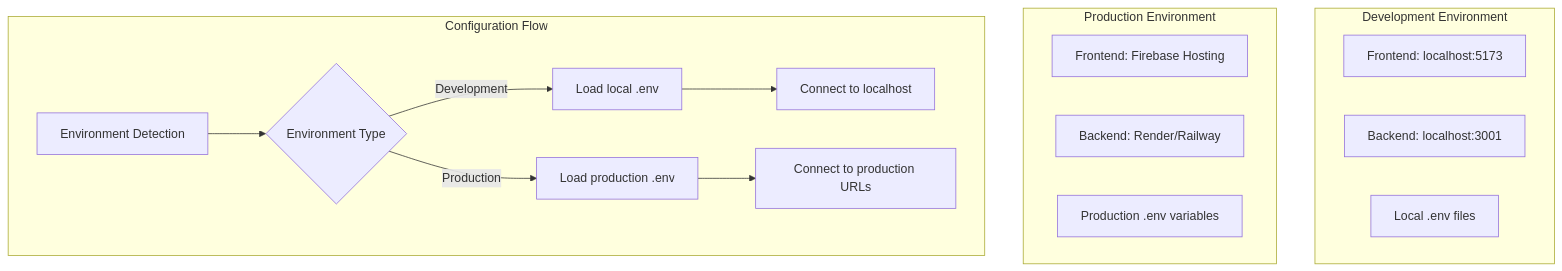
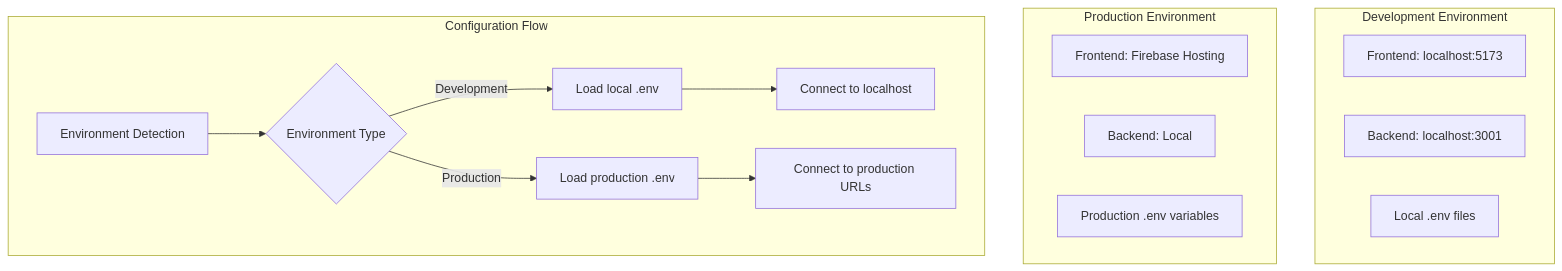
Before and after one commit to souzabruno01/CapyType-Race: the fourth of 6 diagrams in capytype/ARCHITECTURE.md, drawn with Mermaid. The commit also changed other lines of this file and 9 other files, not shown here.

````diff
--- a/capytype/ARCHITECTURE.md
+++ b/capytype/ARCHITECTURE.md
@@ -151,22 +151,22 @@
 ```mermaid
 graph TB
     subgraph "Development Environment"
         A[Frontend: localhost:5173]
         B[Backend: localhost:3001]
         C[Local .env files]
     end
     
     subgraph "Production Environment"
         D[Frontend: Firebase Hosting]
-        E[Backend: Render/Railway]
+        E[Backend: Local]
         F[Production .env variables]
     end
     
     subgraph "Configuration Flow"
         G[Environment Detection] --> H{Environment Type}
         H -->|Development| I[Load local .env]
         H -->|Production| J[Load production .env]
         I --> K[Connect to localhost]
         J --> L[Connect to production URLs]
     end
 ```
````
